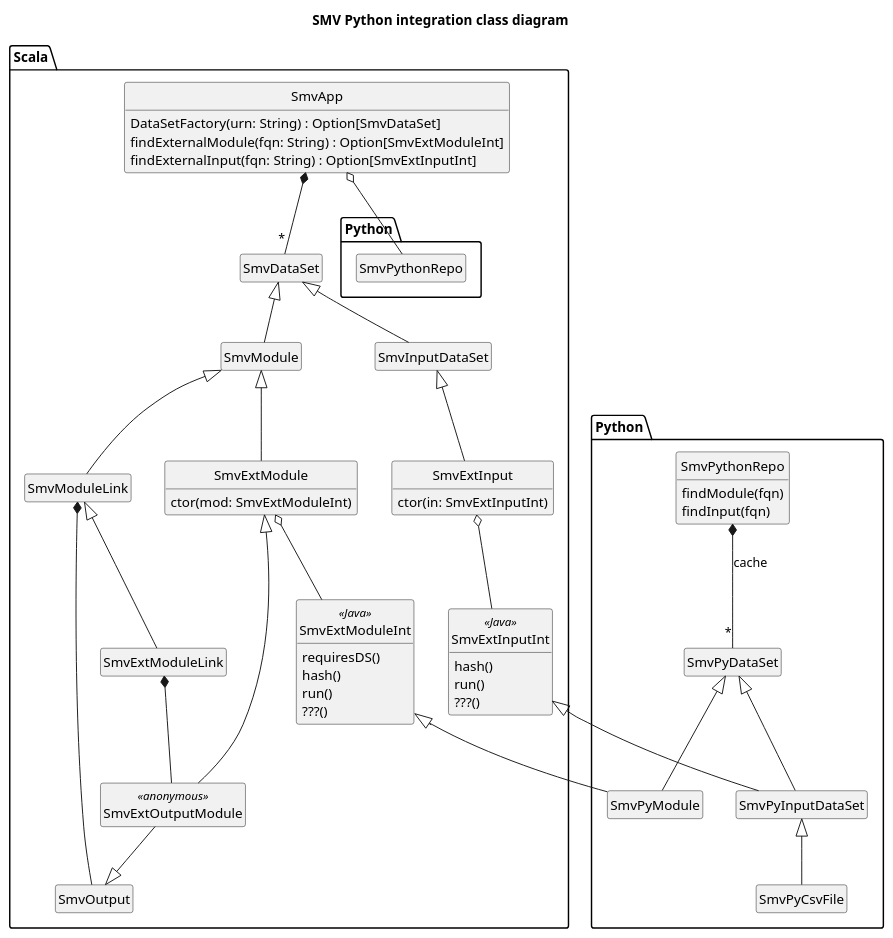
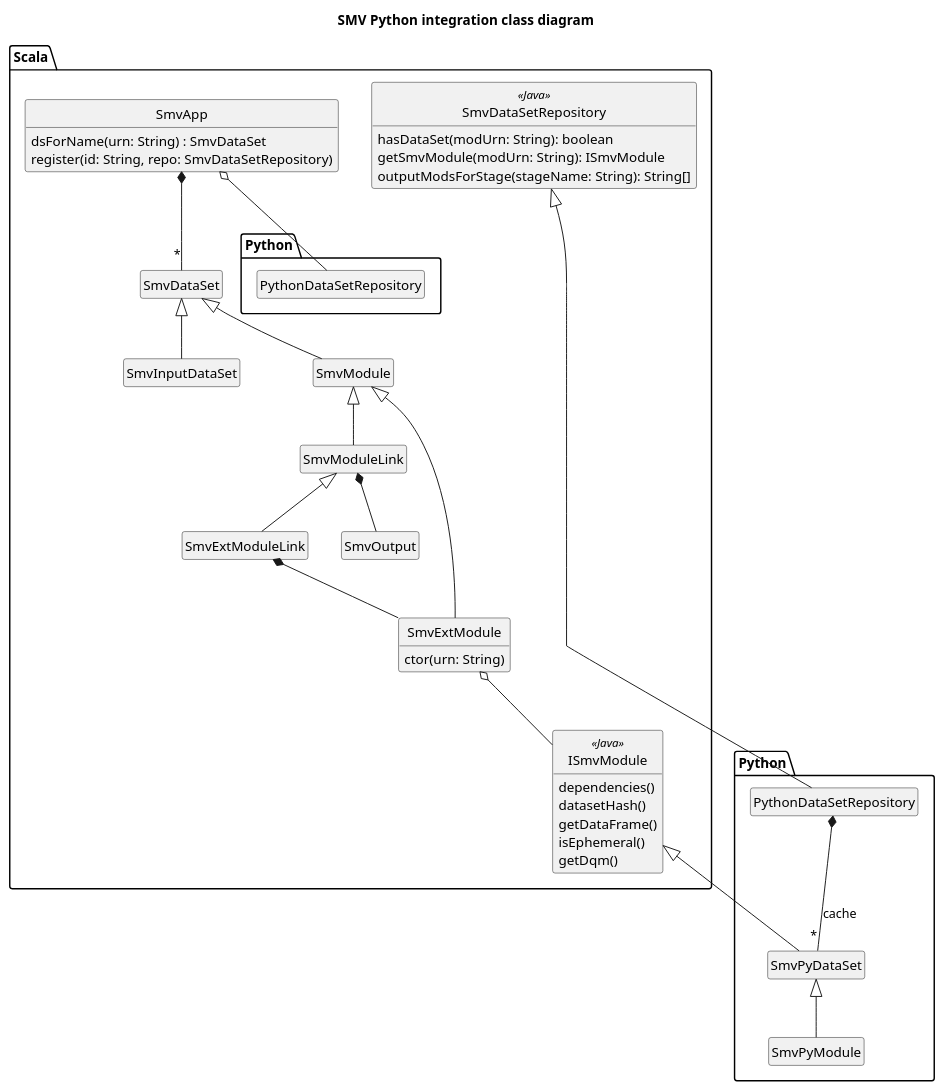
One commit to TresAmigosSD/SMV changed the diagram in docs/design/Python/py_api_class.puml. Above: the diagram before and after it, drawn with PlantUML.

```diff
--- a/docs/design/Python/py_api_class.puml
+++ b/docs/design/Python/py_api_class.puml
@@ -1,73 +1,56 @@
 @startuml
 
 title SMV Python integration class diagram
 
 hide empty methods
 hide empty fields
 hide circle
 
 package Scala {
   class SmvApp {
-    DataSetFactory(urn: String) : Option[SmvDataSet]
-    findExternalModule(fqn: String) : Option[SmvExtModuleInt]
-    findExternalInput(fqn: String) : Option[SmvExtInputInt]
+    dsForName(urn: String) : SmvDataSet
+    register(id: String, repo: SmvDataSetRepository)
+  }
+  class SmvDataSetRepository <<Java>> {
+    hasDataSet(modUrn: String): boolean
+    getSmvModule(modUrn: String): ISmvModule
+    outputModsForStage(stageName: String): String[]
   }
   class SmvOutput
   class SmvDataSet
   class SmvInputDataSet extends SmvDataSet
-  class Scala.SmvExtModuleInt <<Java>> {
-    requiresDS()
-    hash()
-    run()
-    ???()
-  }
-  class Scala.SmvExtInputInt <<Java>> {
-    hash()
-    run()
-    ???()
+  class Scala.ISmvModule <<Java>> {
+    dependencies()
+    datasetHash()
+    getDataFrame()
+    isEphemeral()
+    getDqm()
   }
 
-  SmvApp o-- Python.SmvPythonRepo
+  SmvApp o-- Python.PythonDataSetRepository
   SmvApp *-- "*" SmvDataSet
 
   class SmvModuleLink extends SmvModule
   SmvModuleLink *-- SmvOutput
 
   class SmvModule extends SmvDataSet
 
   class SmvExtModule extends SmvModule {
-    ctor(mod: SmvExtModuleInt)
+    ctor(urn: String)
   }
-  SmvExtModule o-- Scala.SmvExtModuleInt
-
-  class SmvExtOutputModule <<anonymous>> extends SmvExtModule
-  SmvExtOutputModule --|> SmvOutput
-
-  class SmvExtInput extends SmvInputDataSet {
-    ctor(in: SmvExtInputInt)
-  }
-  SmvExtInput o-- Scala.SmvExtInputInt
+  SmvExtModule o-- Scala.ISmvModule
 
   class SmvExtModuleLink extends SmvModuleLink
-  SmvExtModuleLink *-- SmvExtOutputModule
+  SmvExtModuleLink *-- SmvExtModule
 }
 
 package Python {
-  class SmvPythonRepo {
-    findModule(fqn)
-    findInput(fqn)
-  }
-  class SmvPyDataSet
+  class PythonDataSetRepository extends Scala.SmvDataSetRepository
+  class SmvPyDataSet extends Scala.ISmvModule
 
-  class SmvPyModule extends Scala.SmvExtModuleInt
-  SmvPyModule -U-|> SmvPyDataSet
+  class SmvPyModule extends SmvPyDataSet
 
-  class SmvPyInputDataSet extends Scala.SmvExtInputInt
-  SmvPyInputDataSet -U-|> SmvPyDataSet
-
-  SmvPythonRepo *-- "*" SmvPyDataSet : "cache"
-
-  SmvPyCsvFile -U-|> SmvPyInputDataSet
+  PythonDataSetRepository *-- "*" SmvPyDataSet : "cache"
 }
 
 @enduml
```
